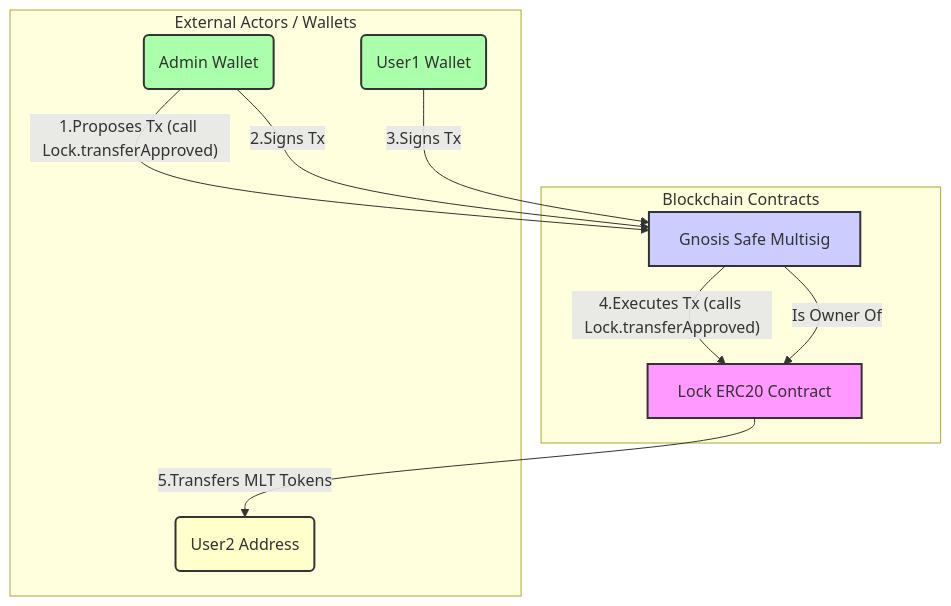
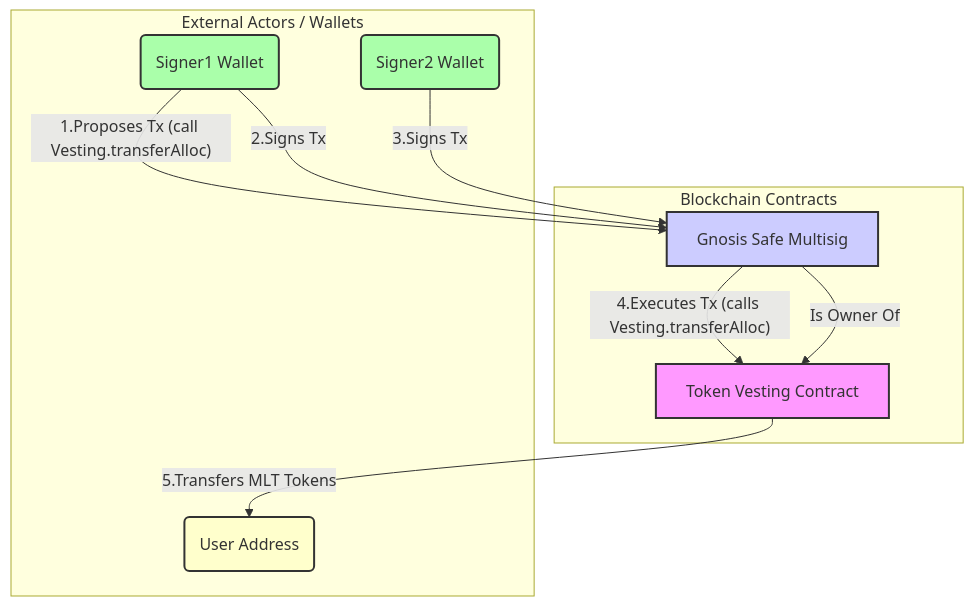
The diagram in README.md (linked0/safe-multisig-testing), drawn with Mermaid before and after one commit. The commit also changed other lines of this file, not shown here.

Commit message:
Change the multisig diagram for the token vesting flow

````diff
--- a/README.md
+++ b/README.md
@@ -28,34 +28,33 @@
 ```mermaid
   graph TD
       subgraph "Blockchain Contracts"
-          LockContract[Lock ERC20 Contract]
+          TokenVesting[Token Vesting Contract]
           GnosisSafe[Gnosis Safe Multisig]
       end
 
-
       subgraph "External Actors / Wallets"
-          AdminWallet(Admin Wallet)
-          User1Wallet(User1 Wallet)
-          User2Address(User2 Address)
+          Signer1Wallet(Signer1 Wallet)
+          Signer2Wallet(Signer2 Wallet)
+          UserAddress(User Address)
       end
 
-      AdminWallet -- 1.Proposes Tx (call Lock.transferApproved) --> GnosisSafe
-      AdminWallet -- 2.Signs Tx --> GnosisSafe
+      Signer1Wallet -- 1.Proposes Tx (call Vesting.transferAlloc) --> GnosisSafe
+      Signer1Wallet -- 2.Signs Tx --> GnosisSafe
 
 
-      User1Wallet -- 3.Signs Tx --> GnosisSafe
+      Signer2Wallet -- 3.Signs Tx --> GnosisSafe
 
-      GnosisSafe -- 4.Executes Tx (calls Lock.transferApproved) --> LockContract
+      GnosisSafe -- 4.Executes Tx (calls Vesting.transferAlloc) --> TokenVesting
 
-      LockContract -- 5.Transfers MLT Tokens --> User2Address
+      TokenVesting -- 5.Transfers MLT Tokens --> UserAddress
 
-      GnosisSafe -- "Is Owner Of" --> LockContract
+      GnosisSafe -- "Is Owner Of" --> TokenVesting
 
 
-      style LockContract fill:#f9f,stroke:#333,stroke-width:2px
+      style TokenVesting fill:#f9f,stroke:#333,stroke-width:2px
       style GnosisSafe fill:#ccf,stroke:#333,stroke-width:2px
-      style AdminWallet fill:#afa,stroke:#333,stroke-width:2px
-      style User1Wallet fill:#afa,stroke:#333,stroke-width:2px
-      style User2Address fill:#ffc,stroke:#333,stroke-width:2px
+      style Signer1Wallet fill:#afa,stroke:#333,stroke-width:2px
+      style Signer2Wallet fill:#afa,stroke:#333,stroke-width:2px
+      style UserAddress fill:#ffc,stroke:#333,stroke-width:2px
 
 ```
````
